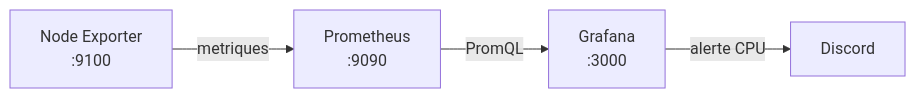
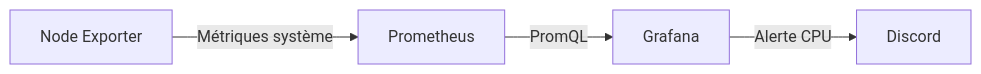
One commit to mawed44/observability-stack-sre changed the diagram in README.md. Above: the diagram before and after it, drawn with Mermaid. The commit also changed other lines of this file, not shown here.

````diff
--- a/README.md
+++ b/README.md
@@ -7,6 +24,6 @@
 ```mermaid
 flowchart LR
-    N[Node Exporter<br/>:9100] -->|metriques| P[Prometheus<br/>:9090]
-    P -->|PromQL| G[Grafana<br/>:3000]
-    G -->|alerte CPU| D[Discord]
+    N[Node Exporter] -->|Métriques système| P[Prometheus]
+    P -->|PromQL| G[Grafana]
+    G -->|Alerte CPU| D[Discord]
 ```
````
